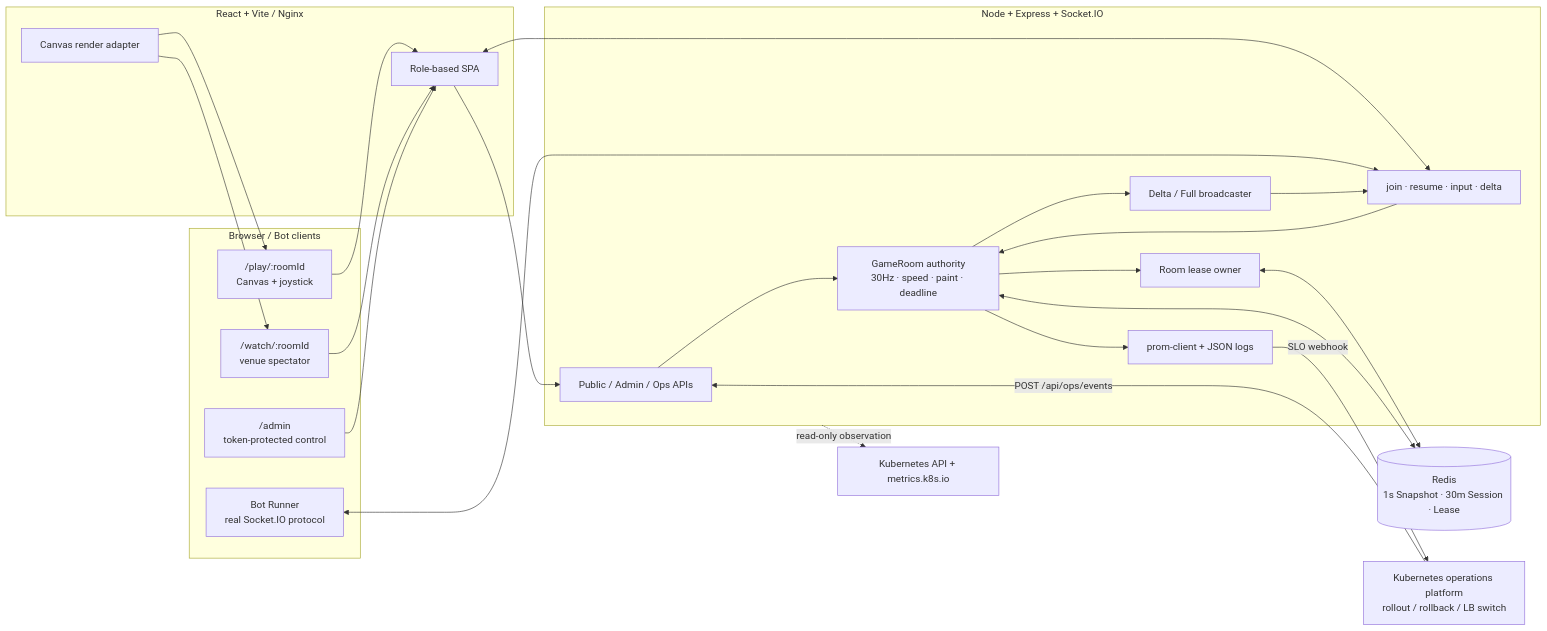
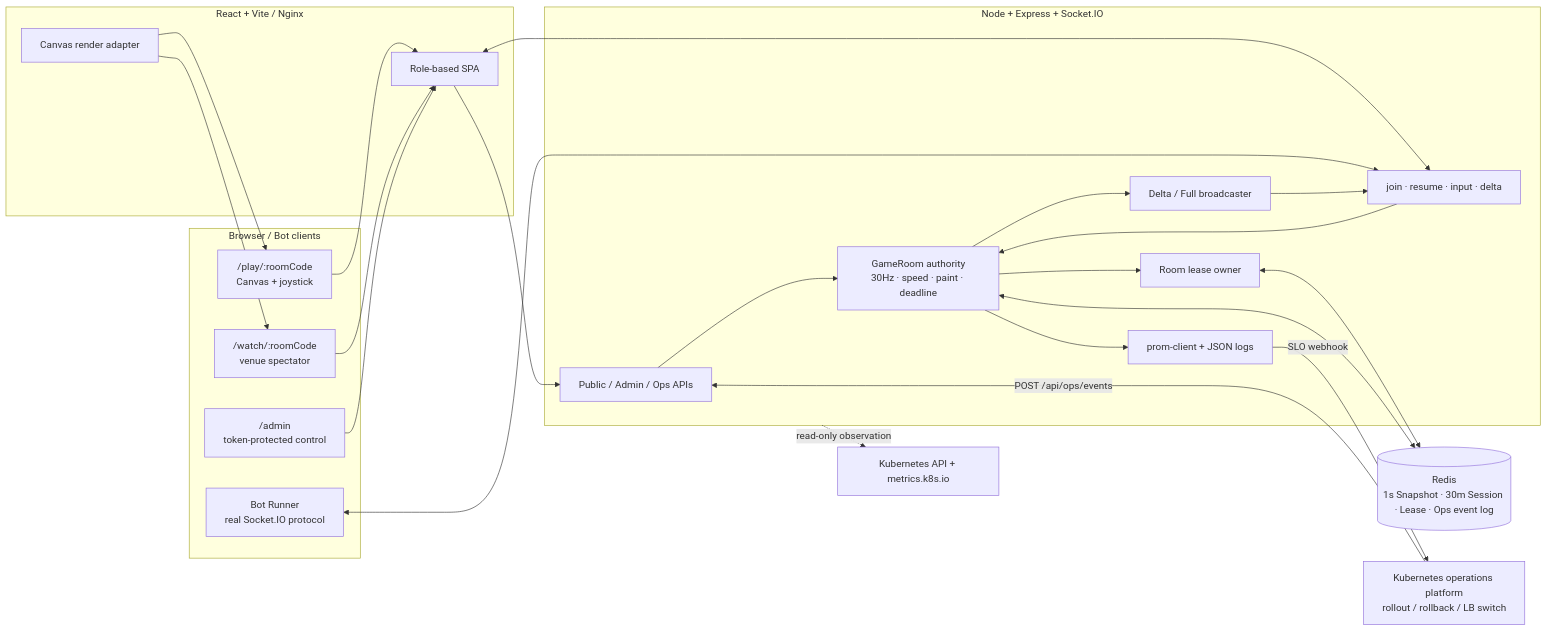
Before and after one commit to Jungle-303-04/COLOR-TURF-ARENA: the first of 3 diagrams in docs/architecture.md, drawn with Mermaid. The commit also changed other lines of this file and 24 other files, not shown here.

````diff
--- a/docs/architecture.md
+++ b/docs/architecture.md
@@ -5,47 +5,47 @@
 ```mermaid
 flowchart LR
     subgraph Clients["Browser / Bot clients"]
-        Player["/play/:roomId\nCanvas + joystick"]
-        Watch["/watch/:roomId\nvenue spectator"]
+        Player["/play/:roomCode\nCanvas + joystick"]
+        Watch["/watch/:roomCode\nvenue spectator"]
         Admin["/admin\ntoken-protected control"]
         Bot["Bot Runner\nreal Socket.IO protocol"]
     end
 
     subgraph Web["React + Vite / Nginx"]
         SPA["Role-based SPA"]
         Renderer["Canvas render adapter"]
     end
 
     subgraph Server["Node + Express + Socket.IO"]
         REST["Public / Admin / Ops APIs"]
         Socket["join · resume · input · delta"]
         Engine["GameRoom authority\n30Hz · speed · paint · deadline"]
         Broadcaster["Delta / Full broadcaster"]
         Metrics["prom-client + JSON logs"]
         Lease["Room lease owner"]
     end
 
-    Redis[("Redis\n1s Snapshot · 30m Session · Lease")]
+    Redis[("Redis\n1s Snapshot · 30m Session · Lease · Ops event log")]
     Platform["Kubernetes operations platform\nrollout / rollback / LB switch"]
     Kube["Kubernetes API + metrics.k8s.io"]
 
     Player --> SPA
     Watch --> SPA
     Admin --> SPA
     SPA --> REST
     SPA <--> Socket
     Bot <--> Socket
     Renderer --> Player
     Renderer --> Watch
     Socket --> Engine
     REST --> Engine
     Engine --> Broadcaster
     Broadcaster --> Socket
     Engine --> Metrics
     Engine --> Lease
     Lease <--> Redis
     Engine <--> Redis
     Platform -->|"POST /api/ops/events"| REST
     Metrics -->|"SLO webhook"| Platform
     Server -. "read-only observation" .-> Kube
 ```
````
